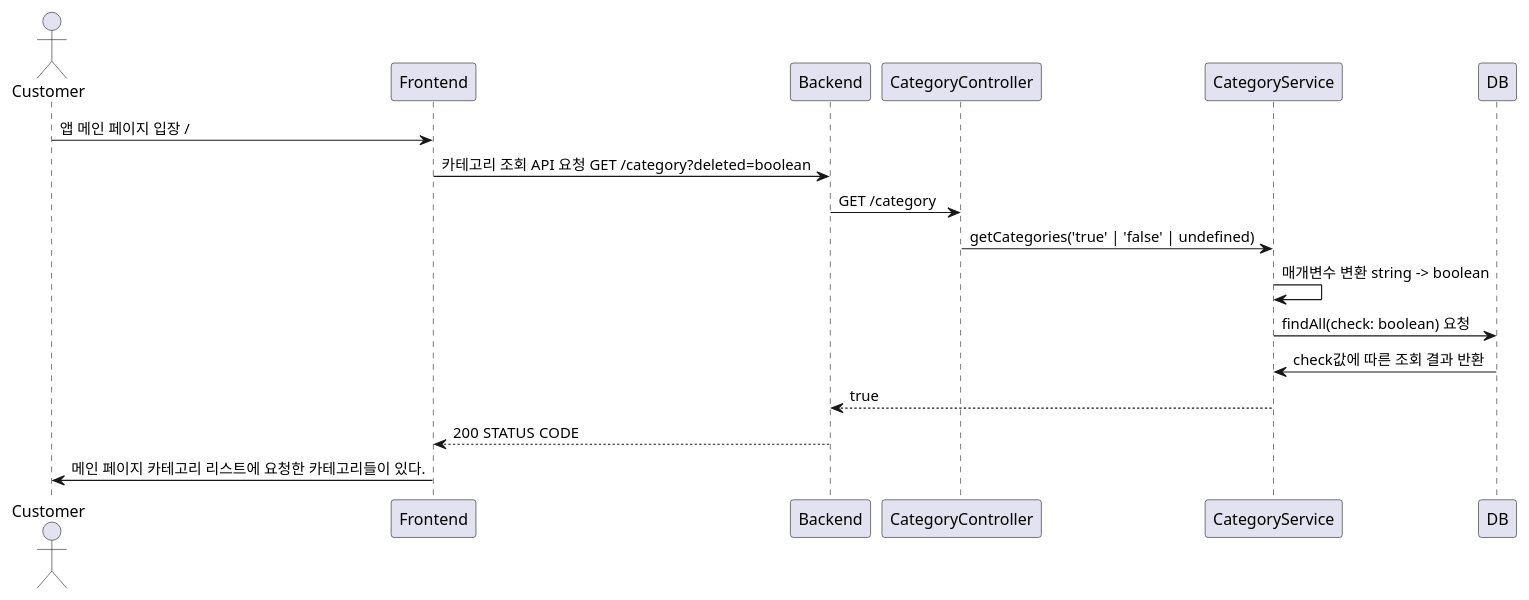
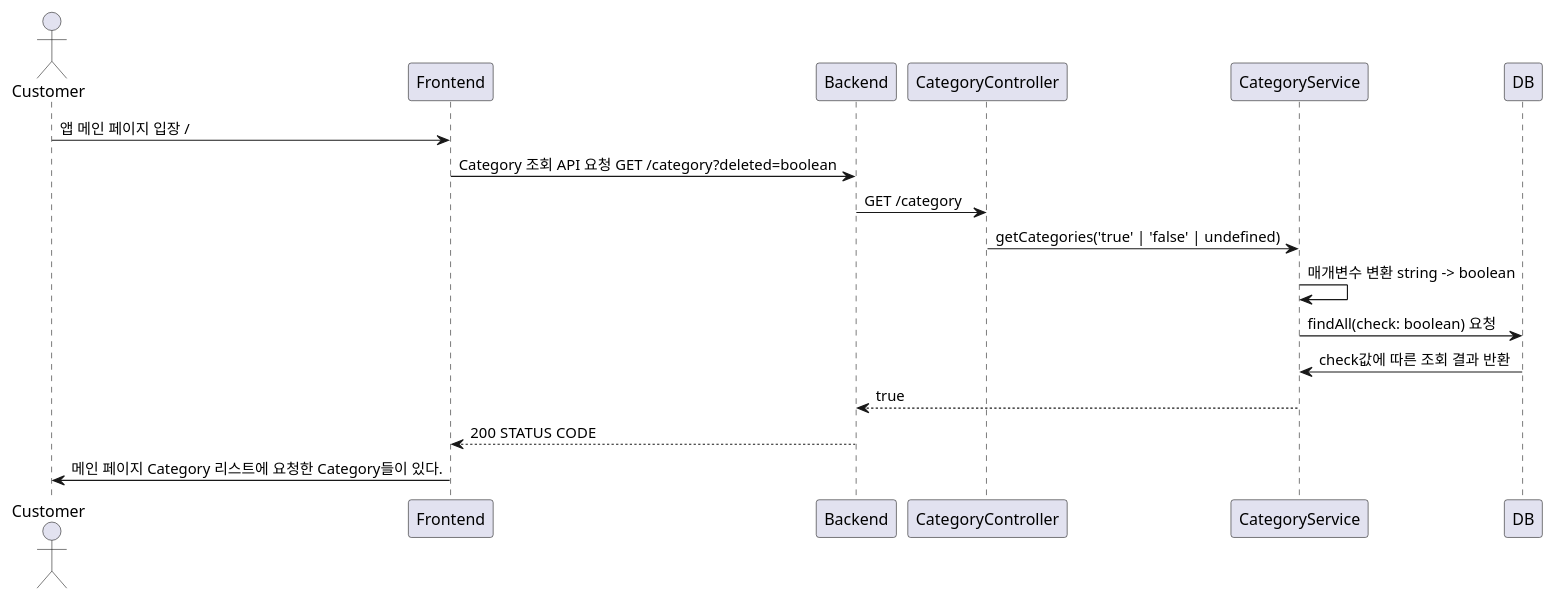
Before and after one commit to VVSOGI/todolist-remake: the first of 2 diagrams in server/docs/category/category.get.md, drawn with PlantUML. The commit also changed other lines of this file and 3 other files, not shown here.

````diff
--- a/server/docs/category/category.get.md
+++ b/server/docs/category/category.get.md
@@ -22,15 +22,15 @@
 ```plantuml
 @startuml
 actor Customer
 Customer -> Frontend: 앱 메인 페이지 입장 /
-    Frontend -> Backend: 카테고리 조회 API 요청 GET /category?deleted=boolean
+    Frontend -> Backend: Category 조회 API 요청 GET /category?deleted=boolean
         Backend -> CategoryController: GET /category
             CategoryController -> CategoryService: getCategories('true' | 'false' | undefined)
                 CategoryService -> CategoryService: 매개변수 변환 string -> boolean
                 CategoryService -> DB: findAll(check: boolean) 요청
                 DB -> CategoryService: check값에 따른 조회 결과 반환
             Backend <-- CategoryService: true
     Frontend <-- Backend: 200 STATUS CODE
-Customer <- Frontend: 메인 페이지 카테고리 리스트에 요청한 카테고리들이 있다.
+Customer <- Frontend: 메인 페이지 Category 리스트에 요청한 Category들이 있다.
 @enduml
 ```
````
